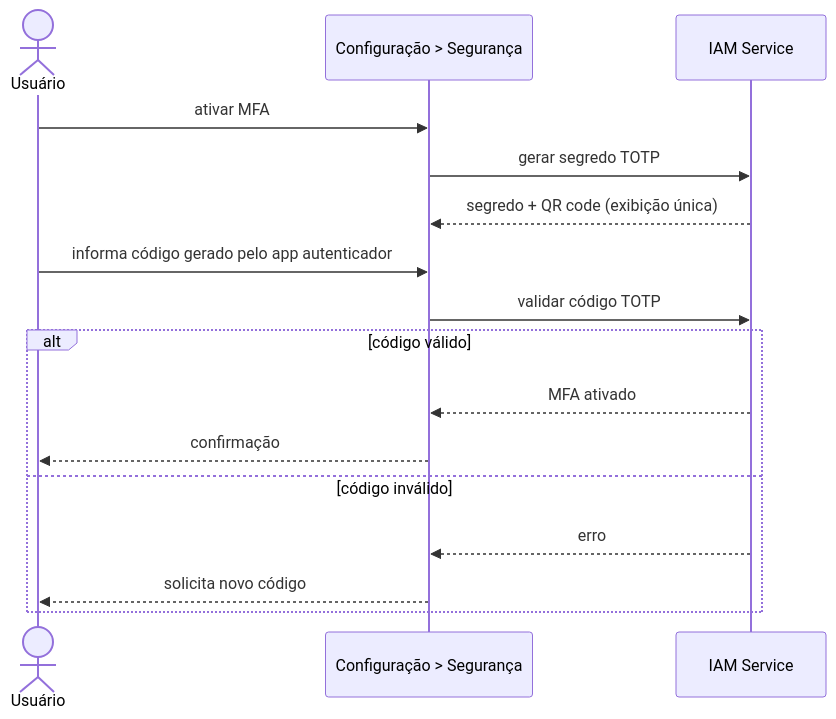
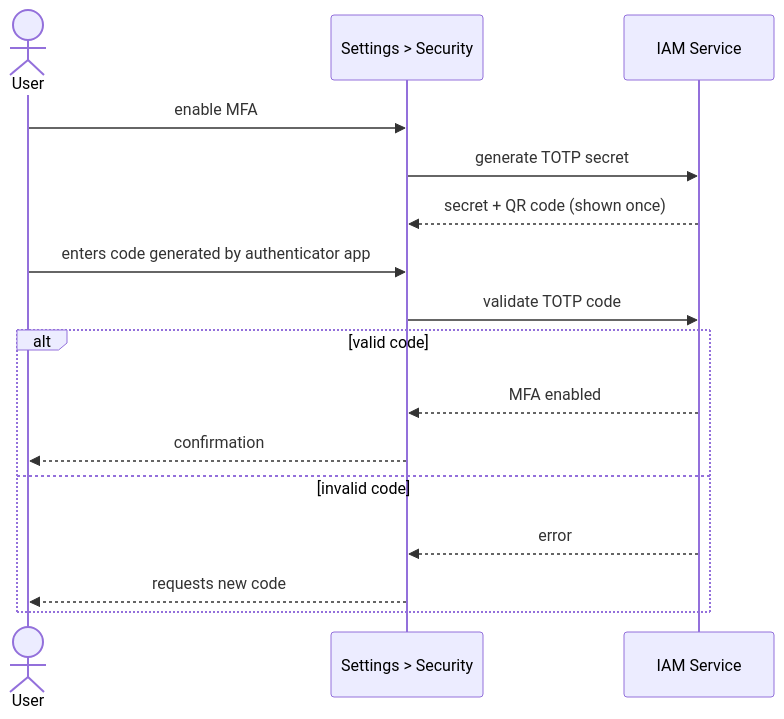
One commit to GiovaniRodrigo/arquitetura-mach-saas-nocode changed the third of 5 diagrams in specs/004-reestruturacao-ia-navegacao/spec.md. Above: the diagram before and after it, drawn with Mermaid. The commit also changed other lines of this file and 86 other files, not shown here.

````diff
--- a/specs/004-reestruturacao-ia-navegacao/spec.md
+++ b/specs/004-reestruturacao-ia-navegacao/spec.md
@@ -209,19 +209,19 @@
 ```mermaid
 sequenceDiagram
-  actor usuario as Usuário
-  participant config as Configuração > Segurança
+  actor usuario as User
+  participant config as Settings > Security
   participant iam as IAM Service
 
-  usuario->>config: ativar MFA
-  config->>iam: gerar segredo TOTP
-  iam-->>config: segredo + QR code (exibição única)
-  usuario->>config: informa código gerado pelo app autenticador
-  config->>iam: validar código TOTP
-  alt código válido
-    iam-->>config: MFA ativado
-    config-->>usuario: confirmação
-  else código inválido
-    iam-->>config: erro
-    config-->>usuario: solicita novo código
+  usuario->>config: enable MFA
+  config->>iam: generate TOTP secret
+  iam-->>config: secret + QR code (shown once)
+  usuario->>config: enters code generated by authenticator app
+  config->>iam: validate TOTP code
+  alt valid code
+    iam-->>config: MFA enabled
+    config-->>usuario: confirmation
+  else invalid code
+    iam-->>config: error
+    config-->>usuario: requests new code
   end
 ```
````
